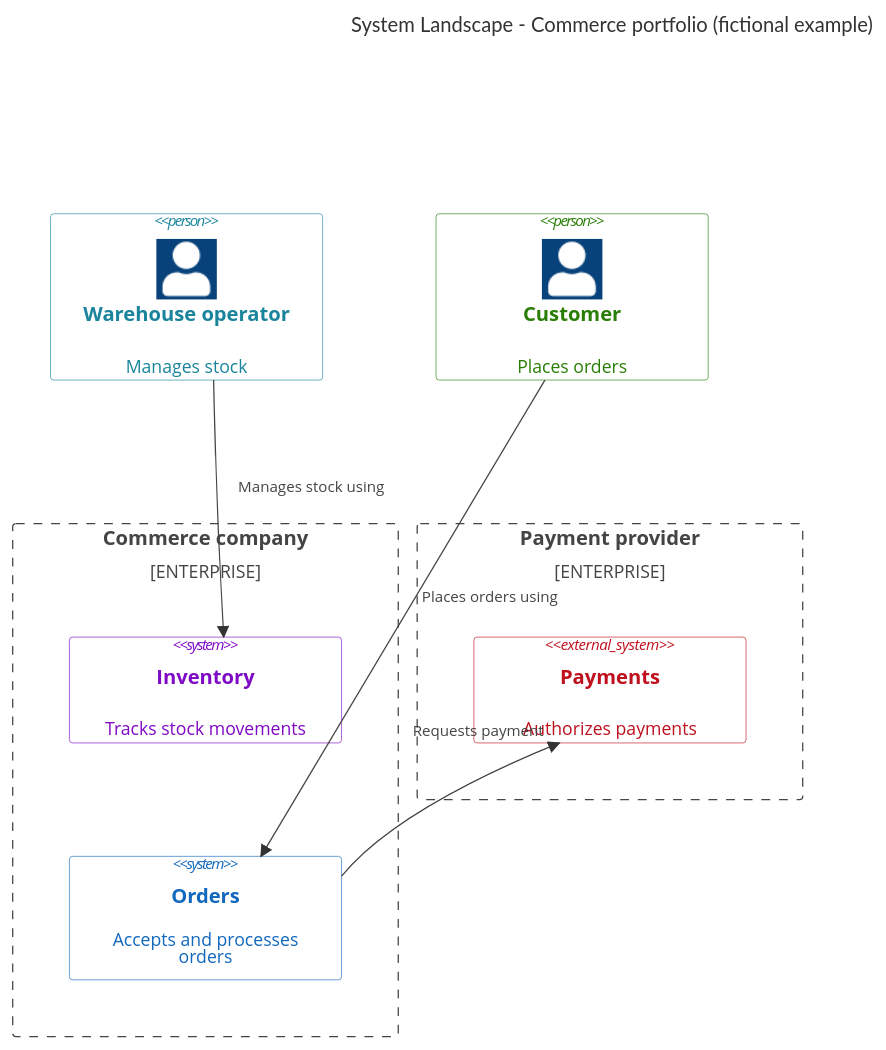
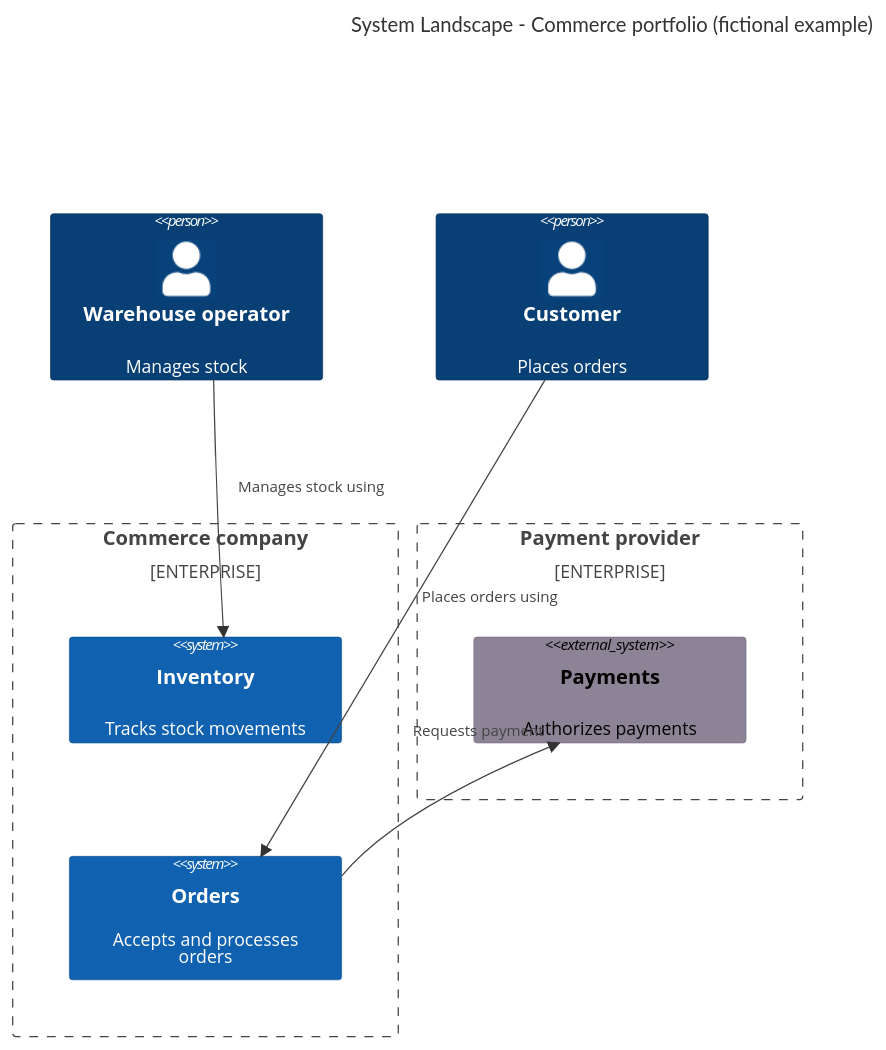
One commit to eccodolf/c4-mermaid changed the diagram in assets/templates/landscape.mmd. Above: the diagram before and after it, drawn with Mermaid. The commit also changed 134 other files, not shown here.

Commit message:
Require supplied native C4 assets and bundle reusable draw.io library

```diff
--- a/assets/templates/landscape.mmd
+++ b/assets/templates/landscape.mmd
@@ -1,38 +1,41 @@
 ---
 config:
   c4:
     c4ShapeMargin: 45
     c4ShapePadding: 10
     diagramMarginX: 15
     diagramMarginY: 15
 ---
 C4Context
 title System Landscape - Commerce portfolio (fictional example)
 Person(operator, "Warehouse operator", "Manages stock")
 Person(customer, "Customer", "Places orders")
 Enterprise_Boundary(company, "Commerce company") {
   System(warehouse, "Inventory", "Tracks stock movements")
   System(orders, "Orders", "Accepts and processes<br/>orders")
 }
 Enterprise_Boundary(provider, "Payment provider") {
   System_Ext(payments, "Payments", "Authorizes payments")
 }
 Rel(customer, orders, "Places orders using")
 Rel(operator, warehouse, "Manages stock using")
 Rel(orders, payments, "Requests payment")
-UpdateElementStyle(customer, $bgColor="#FFFFFF", $fontColor="#297E06", $borderColor="#297E06")
-UpdateElementStyle(orders, $bgColor="#FFFFFF", $fontColor="#1168BD", $borderColor="#1168BD")
-UpdateElementStyle(warehouse, $bgColor="#FFFFFF", $fontColor="#1168BD", $borderColor="#1168BD")
-UpdateElementStyle(operator, $bgColor="#FFFFFF", $fontColor="#297E06", $borderColor="#297E06")
-UpdateElementStyle(payments, $bgColor="#FFFFFF", $fontColor="#BF101D", $borderColor="#BF101D")
-UpdateElementStyle(operator, $bgColor="#FFFFFF", $fontColor="#1A849C", $borderColor="#1A849C")
-UpdateElementStyle(warehouse, $bgColor="#FFFFFF", $fontColor="#7F0AC5", $borderColor="#7F0AC5")
+UpdateElementStyle(customer, $bgColor="#083F75", $fontColor="#FFFFFF", $borderColor="#06315C")
+UpdateElementStyle(orders, $bgColor="#1061B0", $fontColor="#FFFFFF", $borderColor="#0D5091")
+UpdateElementStyle(warehouse, $bgColor="#1061B0", $fontColor="#FFFFFF", $borderColor="#0D5091")
+UpdateElementStyle(operator, $bgColor="#083F75", $fontColor="#FFFFFF", $borderColor="#06315C")
+UpdateElementStyle(payments, $bgColor="#8C8496", $fontColor="#000000", $borderColor="#736782")
+UpdateElementStyle(operator, $bgColor="#083F75", $fontColor="#FFFFFF", $borderColor="#06315C")
+UpdateElementStyle(warehouse, $bgColor="#1061B0", $fontColor="#FFFFFF", $borderColor="#0D5091")
 UpdateRelStyle(customer, orders, $offsetX="15", $offsetY="-20")
 UpdateRelStyle(operator, warehouse, $offsetX="15", $offsetY="-20")
 UpdateRelStyle(orders, payments, $offsetX="-30", $offsetY="-65")
 UpdateLayoutConfig($c4ShapeInRow="2", $c4BoundaryInRow="2")
 
-%% legend: Identity accents: green Customer, teal Warehouse operator, blue Orders, purple Inventory, red Payments.
+%% legend: Canonical draw.io C4 roles: dark blue Person, blue System, cyan Container, light cyan Component, muted violet external System. Mermaid glyphs adapt the native assets.
 %% legend: Commerce company and Payment provider frames = organizational groups, not software systems. Person glyph = role. Rectangle = software system. Arrows = named interactions.
-%% legend: No system is decomposed in this portfolio view. Native group-frame styling adapts the dotted reference group.
+%% legend: No system is decomposed in this portfolio view. Organizational grouping is explicitly distinct from logical scope.
 %% legend: Sizes accommodate content and carry no extra architectural meaning. Neutral relationship colors add no extra meaning. Arrowheads indicate the labeled direction.
+
+
+%% legend: Exact C4 shapes require the native draw.io companion; Mermaid syntax cannot import the native assets.
```
